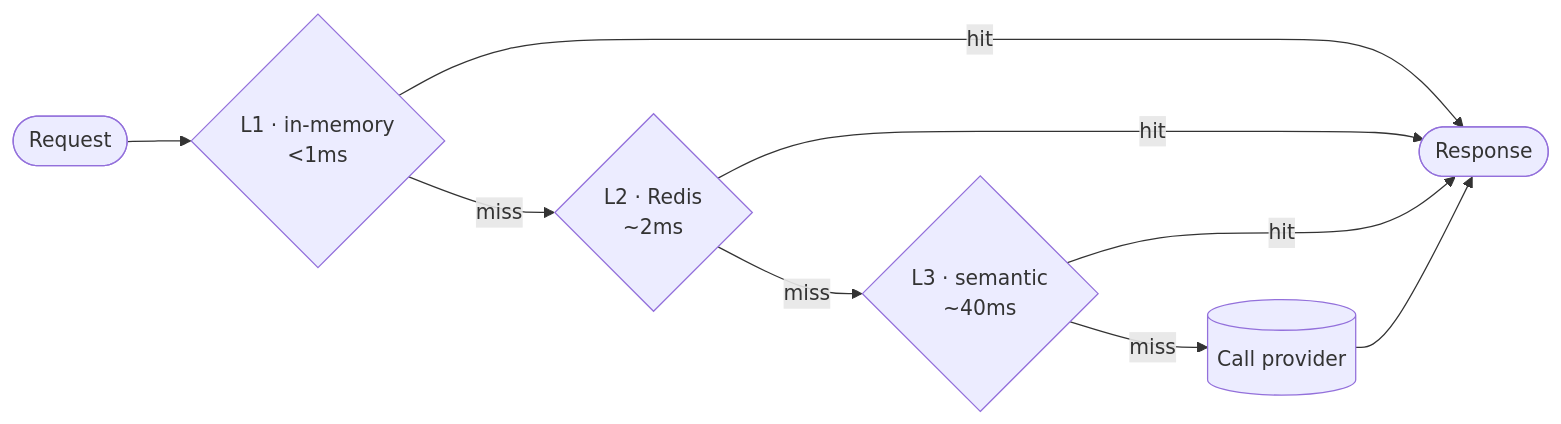
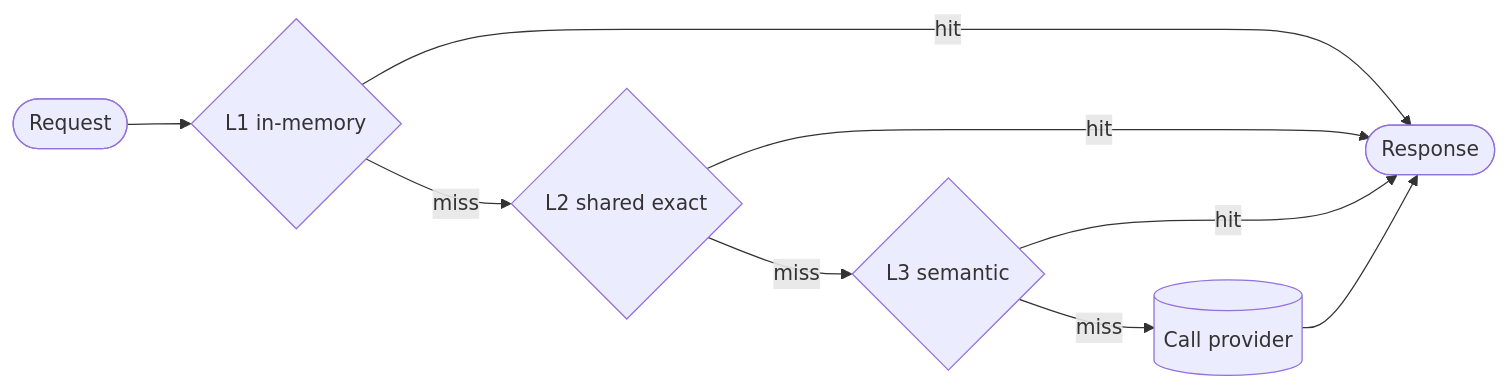
Before and after one commit to Rayyan-Oumlil/OpenProxyAI: the diagram in docs-site/docs/core-concepts/caching.md, drawn with Mermaid. The commit also changed other lines of this file and 131 other files, not shown here.

Commit message:
docs: merge 28 thin pages into complete nested pages with redirects and strict link checking; 20 more blog posts; fix Helm chart port, ingress host and routes

````diff
--- a/docs-site/docs/core-concepts/caching.md
+++ b/docs-site/docs/core-concepts/caching.md
@@ -10,11 +14,11 @@
 ```mermaid
 flowchart LR
-    Req([Request]) --> L1{L1 · in-memory<br/>&lt;1ms}
+    Req([Request]) --> L1{L1 in-memory}
     L1 -->|hit| Resp([Response])
-    L1 -->|miss| L2{L2 · Redis<br/>~2ms}
+    L1 -->|miss| L2{L2 shared exact}
     L2 -->|hit| Resp
-    L2 -->|miss| L3{L3 · semantic<br/>~40ms}
+    L2 -->|miss| L3{L3 semantic}
     L3 -->|hit| Resp
     L3 -->|miss| Provider[(Call provider)]
     Provider --> Resp
 ```
````
